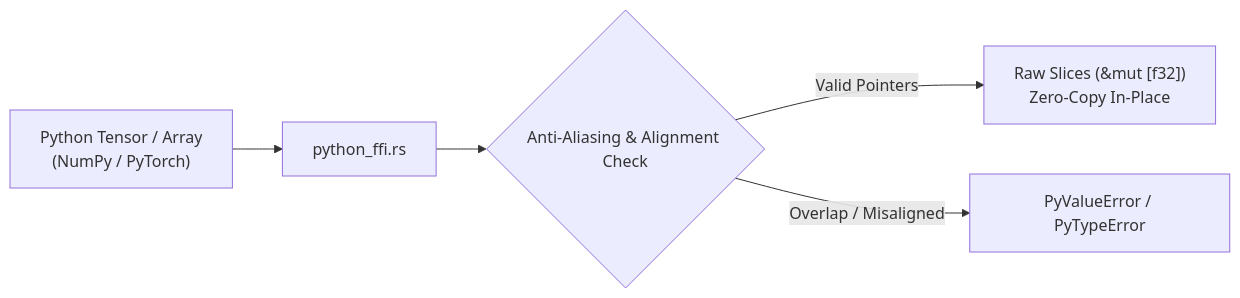
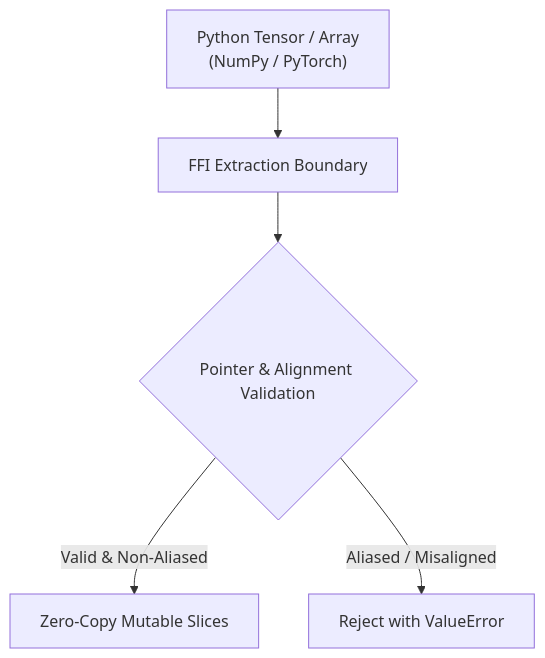
One commit to cloverx-id/luminamoon changed the diagram in docs/optimize/python_ffi/README.md. Above: the diagram before and after it, drawn with Mermaid. The commit also changed 33 other files, not shown here.

Commit message:
change diagram style

````diff
--- a/docs/optimize/python_ffi/README.md
+++ b/docs/optimize/python_ffi/README.md
@@ -15,7 +15,7 @@
 ```mermaid
-flowchart LR
-    PythonTensor["Python Tensor / Array\n(NumPy / PyTorch)"] --> FFI["python_ffi.rs"]
-    FFI --> AntiAlias{"Anti-Aliasing & Alignment Check"}
-    AntiAlias -->|"Valid Pointers"| RustSlice["Raw Slices (&mut [f32])\nZero-Copy In-Place"]
-    AntiAlias -->|"Overlap / Misaligned"| Error["PyValueError / PyTypeError"]
+flowchart TD
+    Input["Python Tensor / Array\n(NumPy / PyTorch)"] --> FFI["FFI Extraction Boundary"]
+    FFI --> Validation{"Pointer & Alignment Validation"}
+    Validation -->|"Valid & Non-Aliased"| RustSlice["Zero-Copy Mutable Slices"]
+    Validation -->|"Aliased / Misaligned"| Error["Reject with ValueError"]
 ```
````
